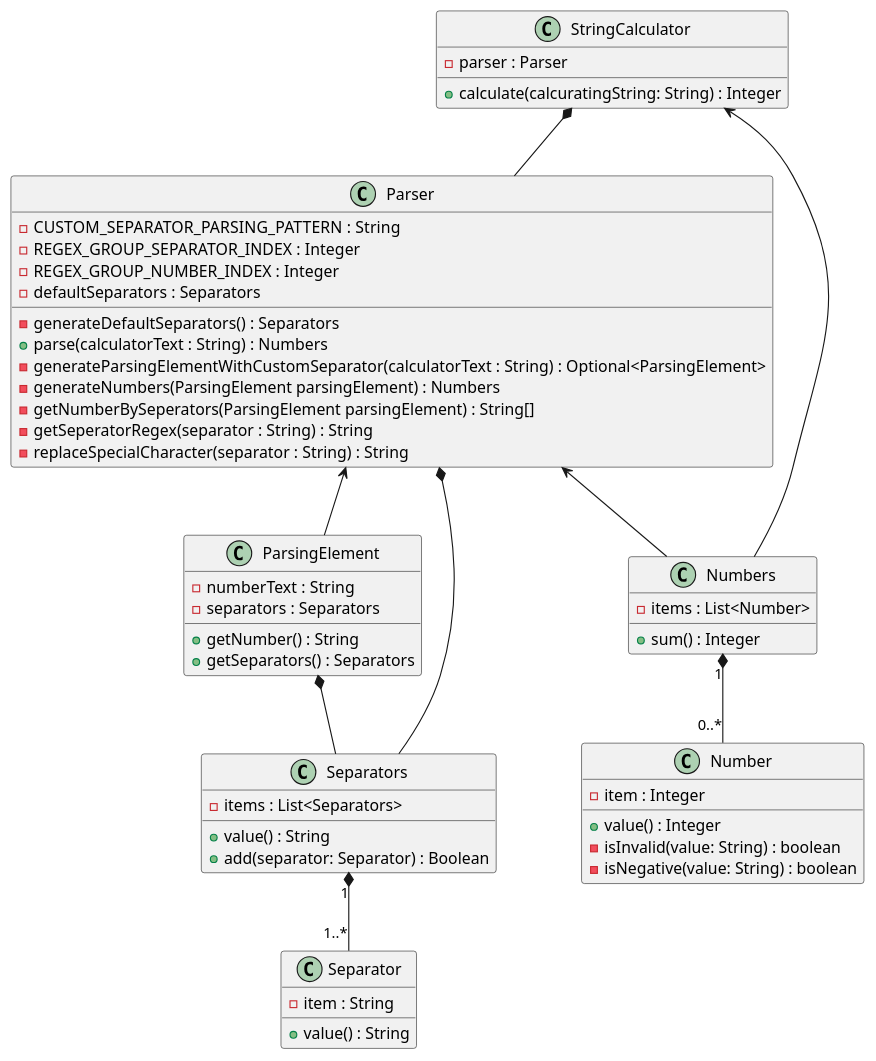
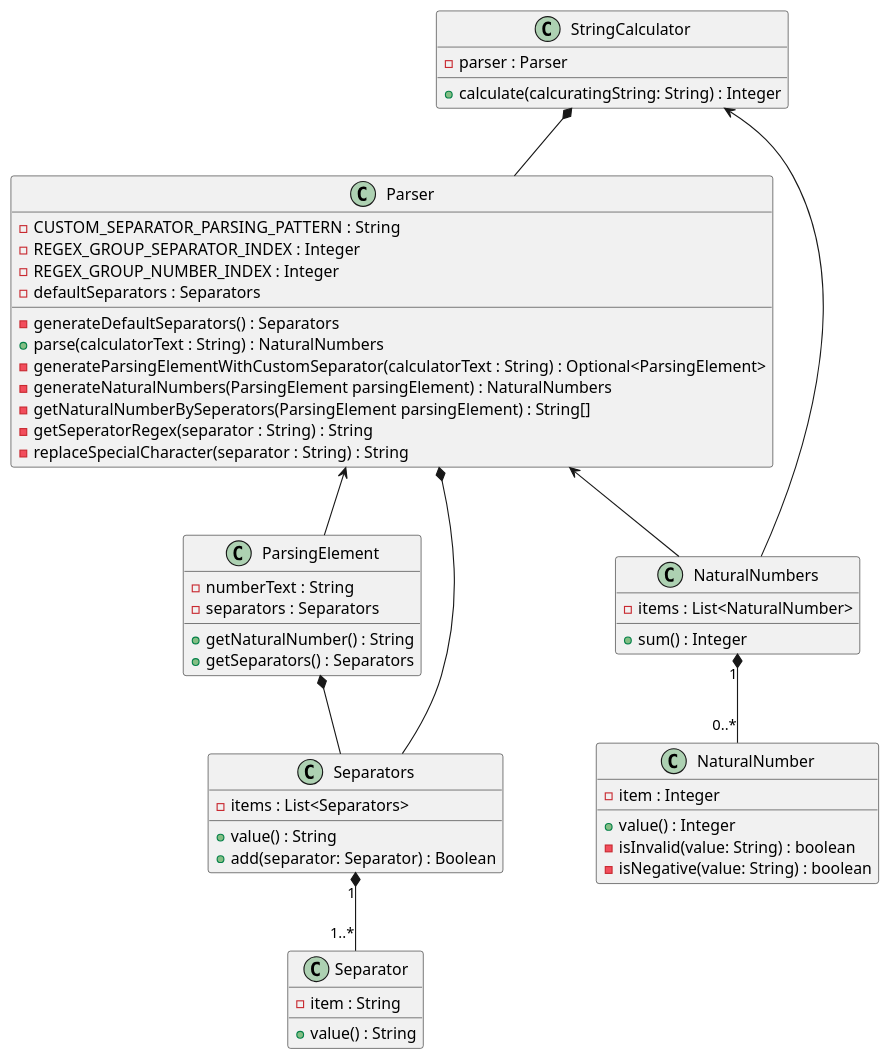
The diagram in classdiagram/StringCalcurator.pu (next-step/java-lotto-pro), drawn with PlantUML before and after one commit. The commit also changed 12 other files, not shown here.

Commit message:
refactor(ReadMe, Domain,Test,UML): PR의 수정내용으로인한 소스 변경

```diff
--- a/classdiagram/StringCalcurator.pu
+++ b/classdiagram/StringCalcurator.pu
@@ -1,70 +1,70 @@
 @startuml StringCalculator
 class StringCalculator {
   - parser : Parser
 
   + calculate(calcuratingString: String) : Integer
 }
 
 class Parser {
   - CUSTOM_SEPARATOR_PARSING_PATTERN : String
   - REGEX_GROUP_SEPARATOR_INDEX : Integer
   - REGEX_GROUP_NUMBER_INDEX : Integer
   - defaultSeparators : Separators
 
   - generateDefaultSeparators() : Separators
-  + parse(calculatorText : String) : Numbers
+  + parse(calculatorText : String) : NaturalNumbers
   - generateParsingElementWithCustomSeparator(calculatorText : String) : Optional<ParsingElement>
-  - generateNumbers(ParsingElement parsingElement) : Numbers
-  - getNumberBySeperators(ParsingElement parsingElement) : String[]
+  - generateNaturalNumbers(ParsingElement parsingElement) : NaturalNumbers
+  - getNaturalNumberBySeperators(ParsingElement parsingElement) : String[]
   - getSeperatorRegex(separator : String) : String
   - replaceSpecialCharacter(separator : String) : String
 }
 
 class ParsingElement {
   - numberText : String
   - separators : Separators
 
-  + getNumber() : String
+  + getNaturalNumber() : String
   + getSeparators() : Separators
 }
 
-class Numbers {
-  - items : List<Number>
+class NaturalNumbers {
+  - items : List<NaturalNumber>
 
   + sum() : Integer
 }
 
-class Number {
+class NaturalNumber {
   - item : Integer
 
   + value() : Integer
   - isInvalid(value: String) : boolean
   - isNegative(value: String) : boolean
 }
 
 class Separators {
   - items : List<Separators>
 
   + value() : String
   + add(separator: Separator) : Boolean
 }
 
 class Separator {
   - item : String
 
   + value() : String
 }
 
 StringCalculator *-- Parser
-StringCalculator <-- Numbers
+StringCalculator <-- NaturalNumbers
 
 ParsingElement *-- Separators
 
 Parser <-- ParsingElement
-Parser <-- Numbers
-Parser  *--  Separators
+Parser <-- NaturalNumbers
+Parser *--  Separators
 
-Numbers "1" *-- "0..*" Number
+NaturalNumbers "1" *-- "0..*" NaturalNumber
 
 Separators "1" *-- "1..*" Separator
 @enduml
```
